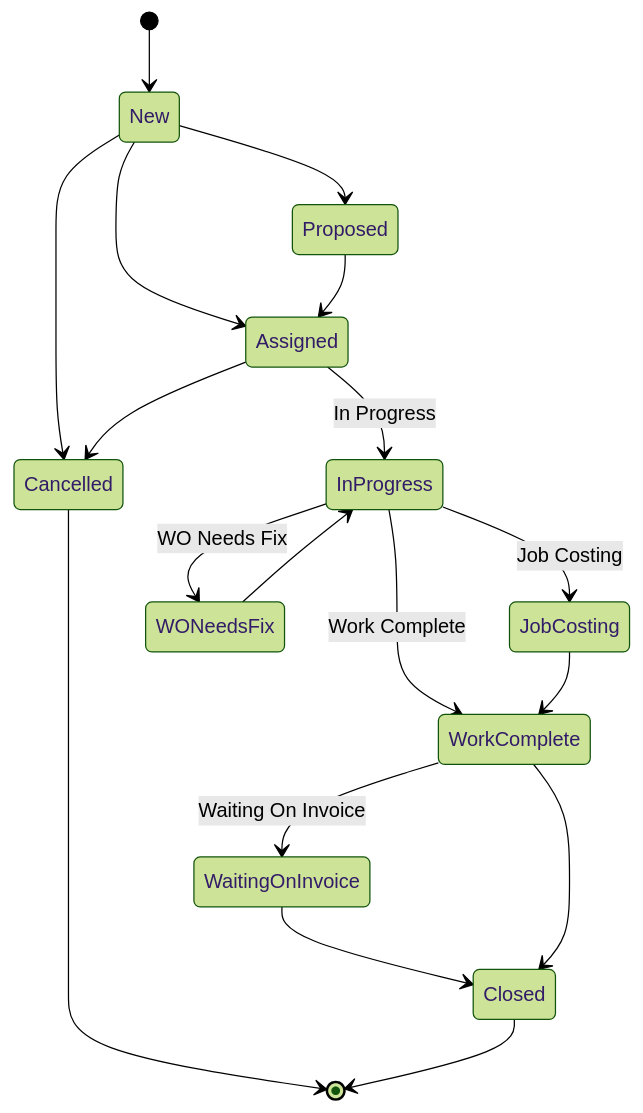
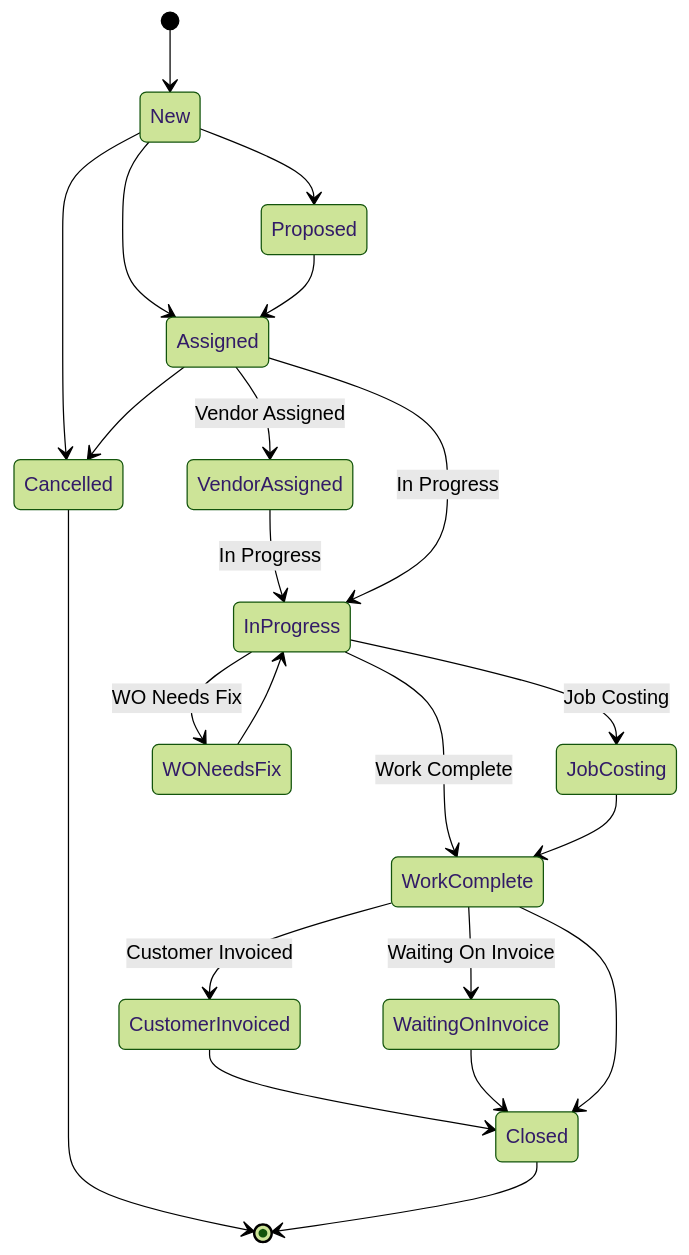
Before and after one commit to ohthatsjhall/fieldrunner: the second of 4 diagrams in apps/api/docs/service-request-events.md, drawn with Mermaid (forest theme). The commit also changed other lines of this file and 2 other files, not shown here.

Commit message:
docs(api): fix rate limit, status diagram, and column descriptions

````diff
--- a/apps/api/docs/service-request-events.md
+++ b/apps/api/docs/service-request-events.md
@@ -40,20 +40,24 @@
 ```mermaid
 stateDiagram-v2
     [*] --> New
     New --> Proposed
     New --> Assigned
     Proposed --> Assigned
+    Assigned --> VendorAssigned: Vendor Assigned
+    VendorAssigned --> InProgress: In Progress
     Assigned --> InProgress: In Progress
     InProgress --> JobCosting: Job Costing
     InProgress --> WorkComplete: Work Complete
     JobCosting --> WorkComplete
+    WorkComplete --> CustomerInvoiced: Customer Invoiced
     WorkComplete --> WaitingOnInvoice: Waiting On Invoice
+    CustomerInvoiced --> Closed
     WaitingOnInvoice --> Closed
     WorkComplete --> Closed
     New --> Cancelled
     Assigned --> Cancelled
     InProgress --> WONeedsFix: WO Needs Fix
     WONeedsFix --> InProgress
     Cancelled --> [*]
     Closed --> [*]
 ```
````
